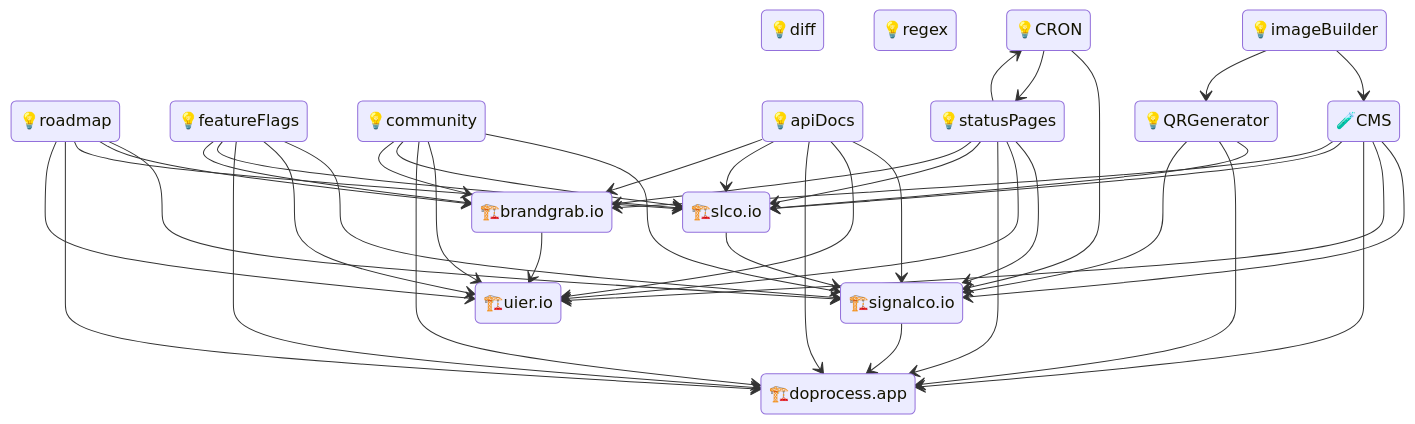
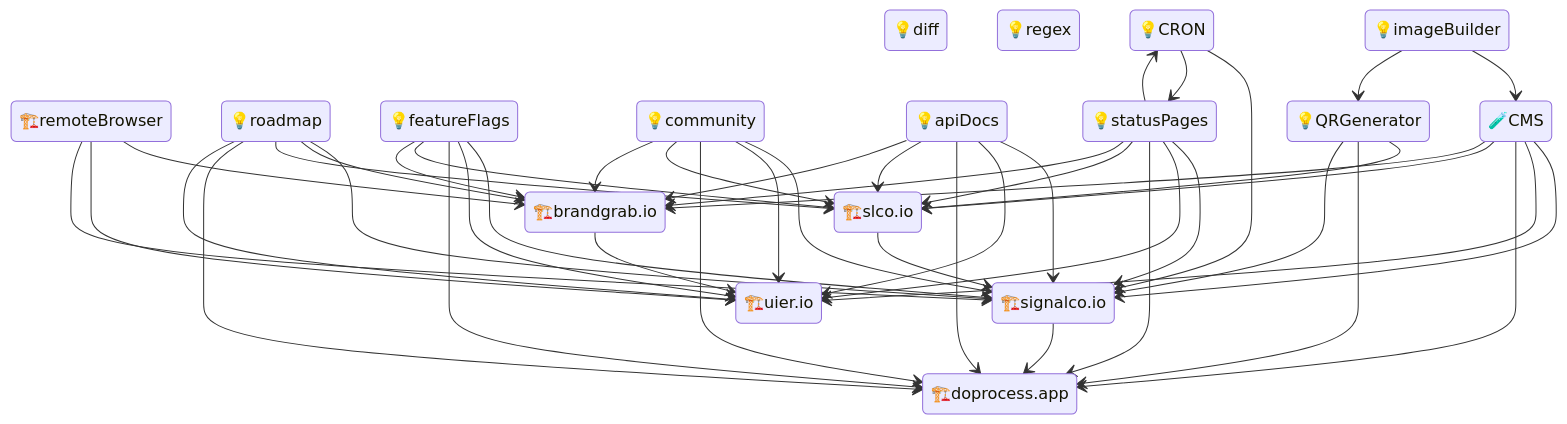
The diagram in CONTRIBUTING.md (signalco-io/signalco), drawn with Mermaid before and after one commit.

````diff
--- a/CONTRIBUTING.md
+++ b/CONTRIBUTING.md
@@ -25,77 +25,82 @@
 ```mermaid
 stateDiagram-v2
     🏗️signalco.io
     🏗️signalco.io --> 🏗️doprocess.app
 
     🏗️uier.io
 
     🏗️doprocess.app
     
     🏗️slco.io
     🏗️slco.io --> 🏗️signalco.io
 
     🏗️brandgrab.io
     🏗️brandgrab.io --> 🏗️uier.io
+
+    🏗️remoteBrowser
+    🏗️remoteBrowser --> 🏗️brandgrab.io
+    🏗️remoteBrowser --> 🏗️uier.io
+    🏗️remoteBrowser --> 🏗️signalco.io
 
     💡diff
     
     💡regex
     
     💡roadmap
     💡roadmap --> 🏗️signalco.io
     💡roadmap --> 🏗️brandgrab.io
     💡roadmap --> 🏗️slco.io
     💡roadmap --> 🏗️doprocess.app
     💡roadmap --> 🏗️uier.io
 
     💡featureFlags
     💡featureFlags --> 🏗️signalco.io
     💡featureFlags --> 🏗️uier.io
     💡featureFlags --> 🏗️doprocess.app
     💡featureFlags --> 🏗️slco.io
     💡featureFlags --> 🏗️brandgrab.io
     
     💡community
     💡community --> 🏗️signalco.io
     💡community --> 🏗️uier.io
     💡community --> 🏗️doprocess.app
     💡community --> 🏗️slco.io
     💡community --> 🏗️brandgrab.io
     
     💡apiDocs
     💡apiDocs --> 🏗️signalco.io
     💡apiDocs --> 🏗️uier.io
     💡apiDocs --> 🏗️doprocess.app
     💡apiDocs --> 🏗️slco.io
     💡apiDocs --> 🏗️brandgrab.io
     
     💡imageBuilder
     💡imageBuilder --> 🧪CMS
     
     💡QRGenerator
     💡QRGenerator --> 🏗️slco.io
     💡QRGenerator --> 🏗️doprocess.app
     💡QRGenerator --> 🏗️signalco.io
     
     💡imageBuilder --> 💡QRGenerator
     
     🧪CMS
     🧪CMS --> 🏗️signalco.io
     🧪CMS --> 🏗️uier.io
     🧪CMS --> 🏗️doprocess.app
     🧪CMS --> 🏗️slco.io
     🧪CMS --> 🏗️brandgrab.io
     
     💡CRON
     💡CRON --> 🏗️signalco.io
     💡CRON --> 💡statusPages
     
     💡statusPages
     💡statusPages --> 💡CRON
     💡statusPages --> 🏗️signalco.io
     💡statusPages --> 🏗️uier.io
     💡statusPages --> 🏗️doprocess.app
     💡statusPages --> 🏗️slco.io
     💡statusPages --> 🏗️brandgrab.io
     
 ```
````
